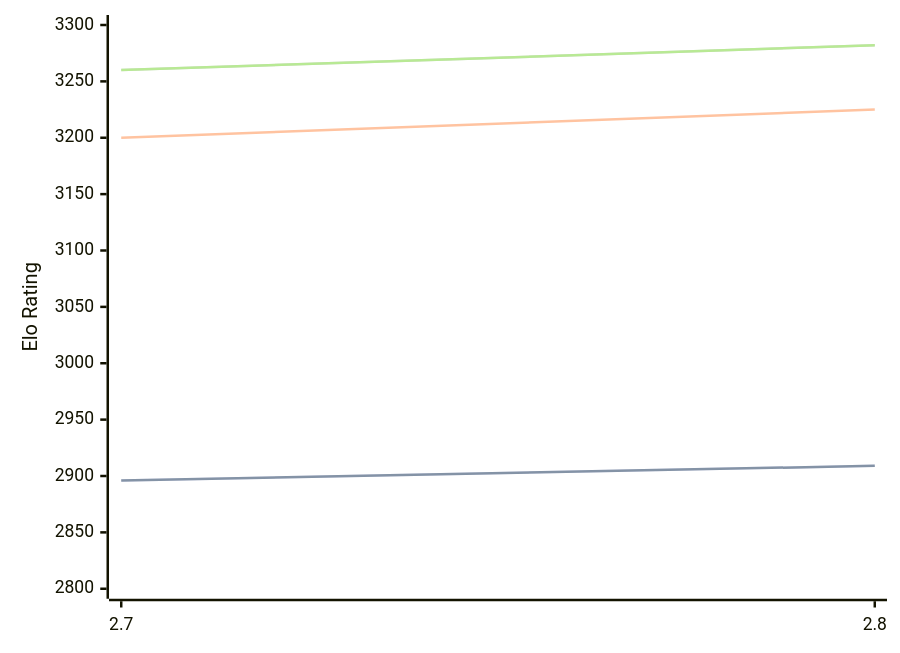
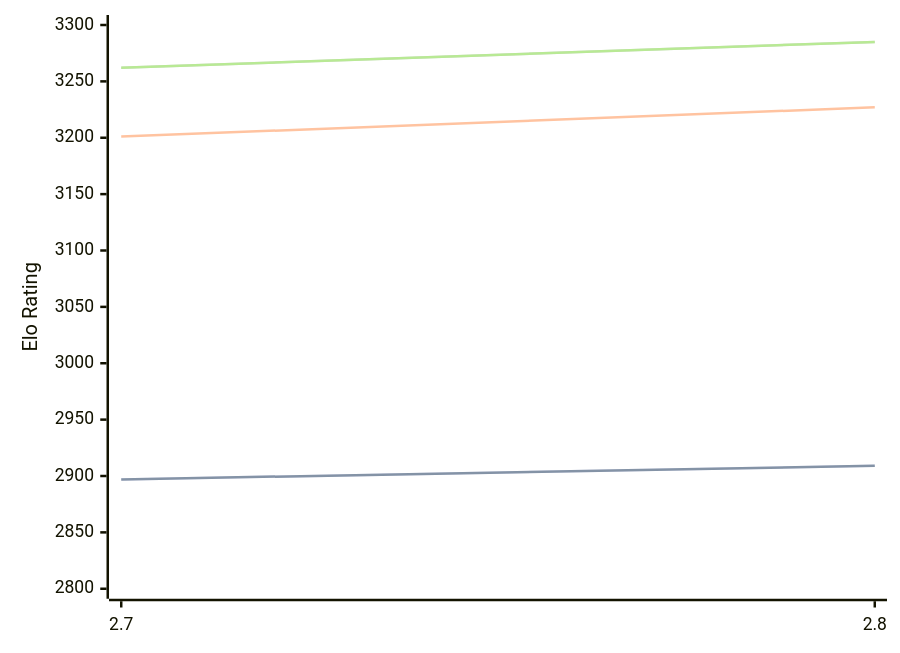
The diagram in engines/Arcanum.md (computer-chess-index/cci), drawn with Mermaid before and after one commit. The commit also changed other lines of this file, not shown here.

Commit message:
Update CCI Ratings (ELO VLTC) - 2026-08-26

````diff
--- a/engines/Arcanum.md
+++ b/engines/Arcanum.md
@@ -32,11 +32,11 @@
 ```mermaid
 %%{init: {"theme":"base","themeVariables":{"seriesColors:['#a3a3a3','#222221','#faa371']}}}%%
 xychart-beta
   x-axis ["2.7", "2.8"]
   y-axis "Elo Rating" 2800 --> 3300
-  line "STC (8.0+0.08s)" [2896, 2909]
-  line "STC (8.0+0.08s)" [2896, 2909]
-  line "LTC (60.0+0.60s)" [3200, 3225]
-  line "VLTC (2m24s+1.12s)" [3260, 3282]
-  line "VLTC (2m24s+1.12s)" [3260, 3282]
+  line "STC (8.0+0.08s)" [2897, 2909]
+  line "STC (8.0+0.08s)" [2897, 2909]
+  line "LTC (60.0+0.60s)" [3201, 3227]
+  line "VLTC (2m24s+1.12s)" [3262, 3285]
+  line "VLTC (2m24s+1.12s)" [3262, 3285]
 ```
````
